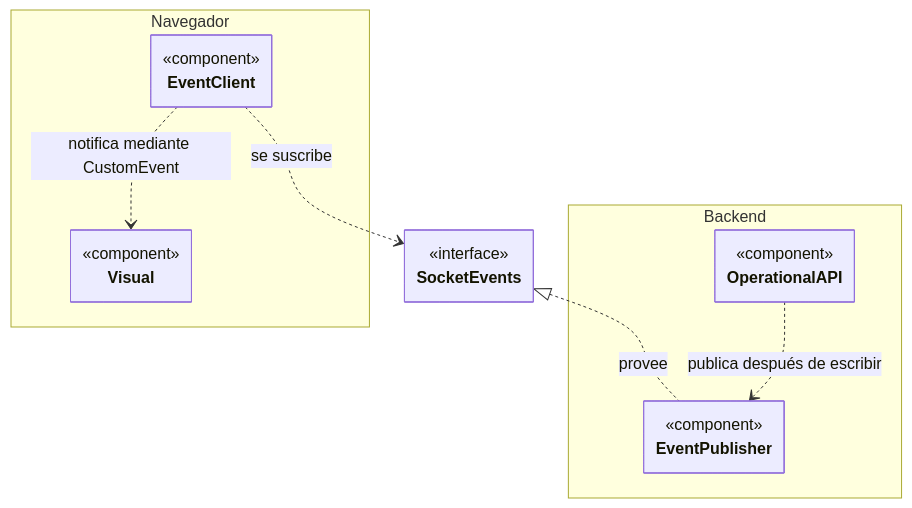
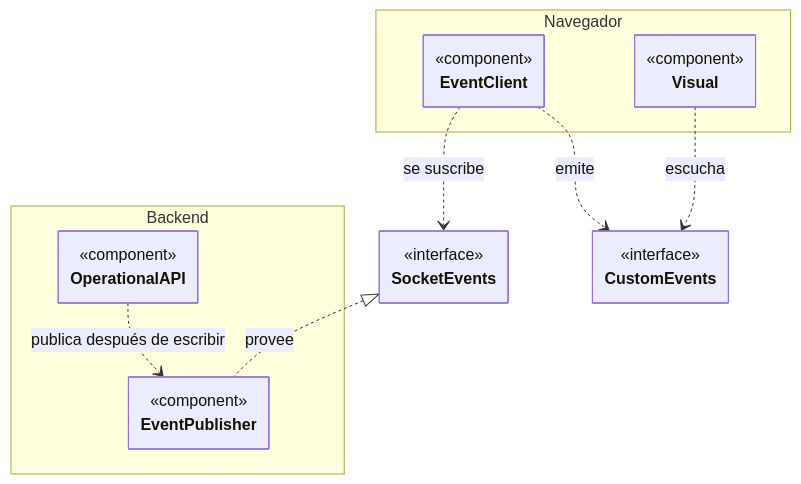
Before and after one commit to gpgsistemas01/nexus: the third of 3 diagrams in docs/architecture/views/logical/01-components-and-reuse.md, drawn with Mermaid. The commit also changed other lines of this file and 4 other files, not shown here.

Commit message:
docs: simplificar vista lógica y aclarar relaciones del modelo ER

````diff
--- a/docs/architecture/views/logical/01-components-and-reuse.md
+++ b/docs/architecture/views/logical/01-components-and-reuse.md
@@ -72,22 +72,24 @@
 ```mermaid
 ---
 config:
   class:
     hideEmptyMembersBox: true
 ---
 classDiagram
     direction TB
     namespace Navegador {
         class EventClient { <<component>> }
         class Visual { <<component>> }
     }
     namespace Backend {
         class OperationalAPI { <<component>> }
         class EventPublisher { <<component>> }
     }
     class SocketEvents { <<interface>> }
+    class CustomEvents { <<interface>> }
     OperationalAPI ..> EventPublisher : publica después de escribir
     SocketEvents <|.. EventPublisher : provee
     EventClient ..> SocketEvents : se suscribe
-    EventClient ..> Visual : notifica mediante CustomEvent
+    EventClient ..> CustomEvents : emite
+    Visual ..> CustomEvents : escucha
 ```
````
